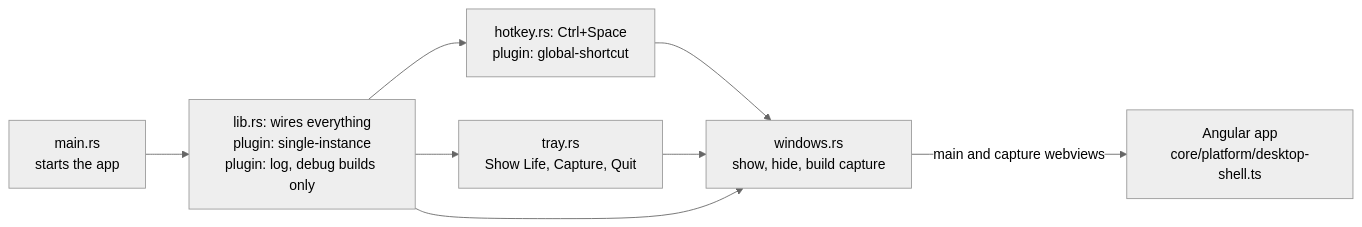
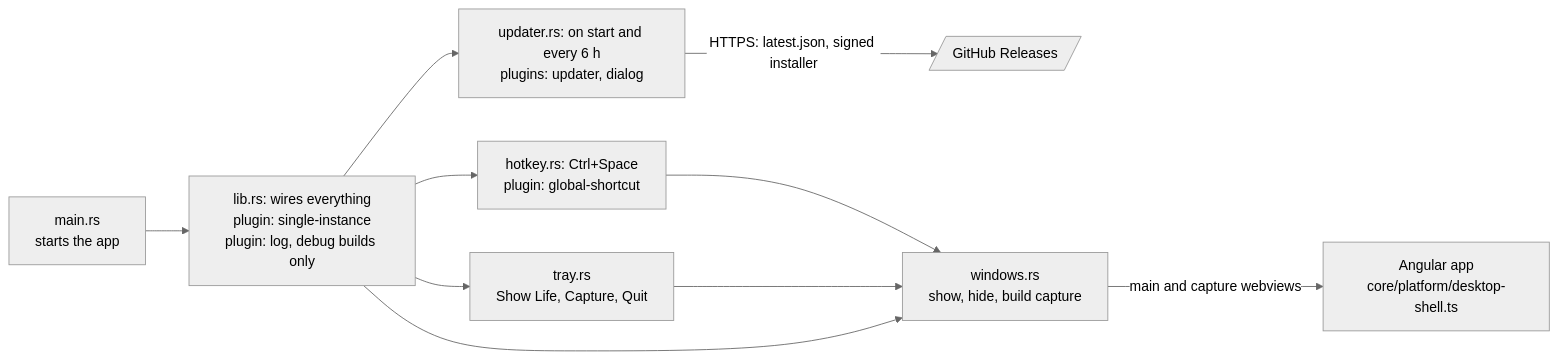
Before and after one commit to valde222/life_app: the diagram in docs/diagrams/03f-tauri-modules.md, drawn with Mermaid (neutral theme). The commit also changed other lines of this file and 11 other files, not shown here.

Commit message:
feat: the desktop app checks GitHub for a signed update on start and every six hours and installs it after asking

````diff
--- a/docs/diagrams/03f-tauri-modules.md
+++ b/docs/diagrams/03f-tauri-modules.md
@@ -5,10 +5,12 @@
 ```mermaid
 flowchart LR
   main["main.rs<br/>starts the app"] --> lib["lib.rs: wires everything<br/>plugin: single-instance<br/>plugin: log, debug builds only"]
   lib --> hotkey["hotkey.rs: Ctrl+Space<br/>plugin: global-shortcut"]
   lib --> tray["tray.rs<br/>Show Life, Capture, Quit"]
+  lib --> updater["updater.rs: on start and every 6 h<br/>plugins: updater, dialog"]
+  updater -- "HTTPS: latest.json, signed installer" --> gh[/"GitHub Releases"/]
   hotkey --> windows["windows.rs<br/>show, hide, build capture"]
   tray --> windows
   lib --> windows
   windows -- "main and capture webviews" --> angular["Angular app<br/>core/platform/desktop-shell.ts"]
 ```
````
